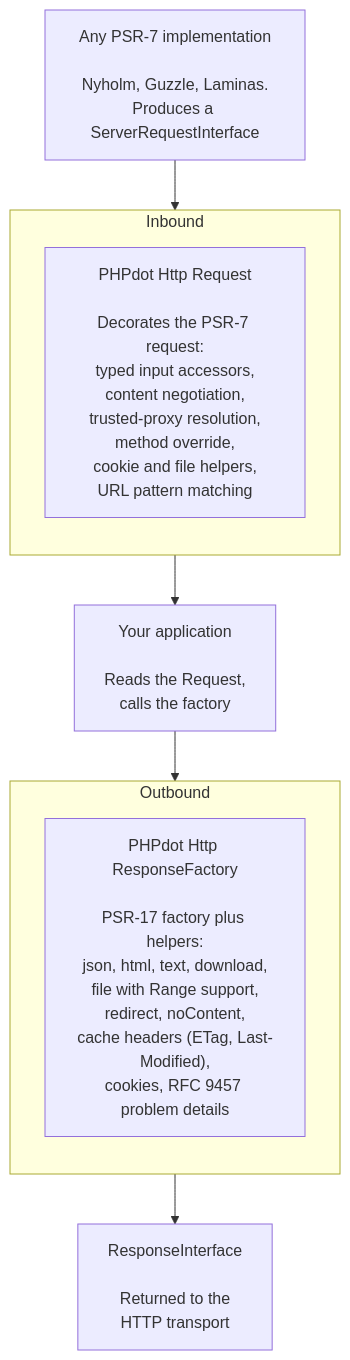
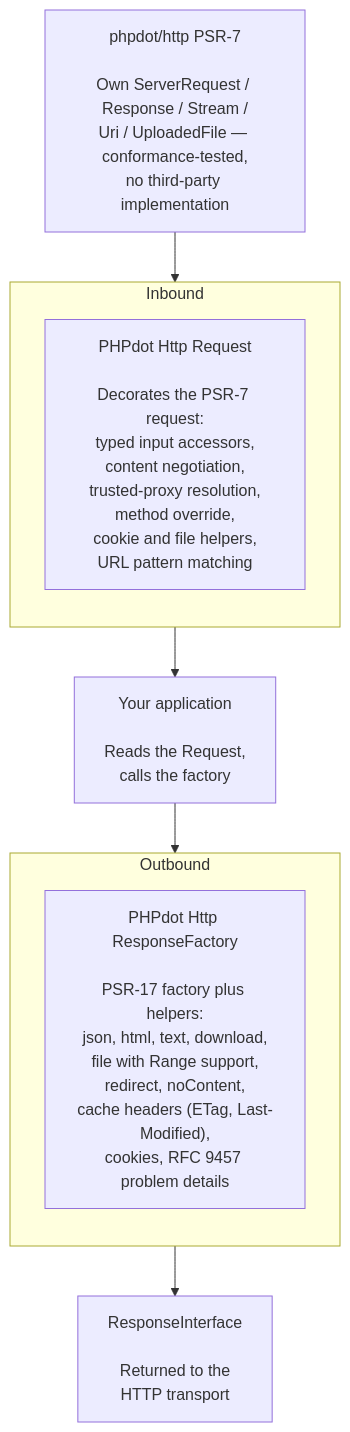
The diagram in README.md (phpdot/http), drawn with Mermaid before and after one commit. The commit also changed other lines of this file and 38 other files, not shown here.

````diff
--- a/README.md
+++ b/README.md
@@ -36,23 +39,23 @@
 ```mermaid
 graph TD
-    PSR7["Any PSR-7 implementation<br/><br/>Nyholm, Guzzle, Laminas.<br/>Produces a ServerRequestInterface"]
+    PSR7["phpdot/http PSR-7<br/><br/>Own ServerRequest / Response / Stream /<br/>Uri / UploadedFile — conformance-tested,<br/>no third-party implementation"]
 
     subgraph Inbound
         direction TB
         REQ["PHPdot Http Request<br/><br/>Decorates the PSR-7 request:<br/>typed input accessors,<br/>content negotiation,<br/>trusted-proxy resolution,<br/>method override,<br/>cookie and file helpers,<br/>URL pattern matching"]
     end
 
     APP["Your application<br/><br/>Reads the Request,<br/>calls the factory"]
 
     subgraph Outbound
         direction TB
         FACTORY["PHPdot Http ResponseFactory<br/><br/>PSR-17 factory plus helpers:<br/>json, html, text, download,<br/>file with Range support,<br/>redirect, noContent,<br/>cache headers (ETag, Last-Modified),<br/>cookies, RFC 9457 problem details"]
     end
 
     OUT["ResponseInterface<br/><br/>Returned to the<br/>HTTP transport"]
 
     PSR7 --> Inbound
     Inbound --> APP
     APP --> Outbound
     Outbound --> OUT
 ```
````
